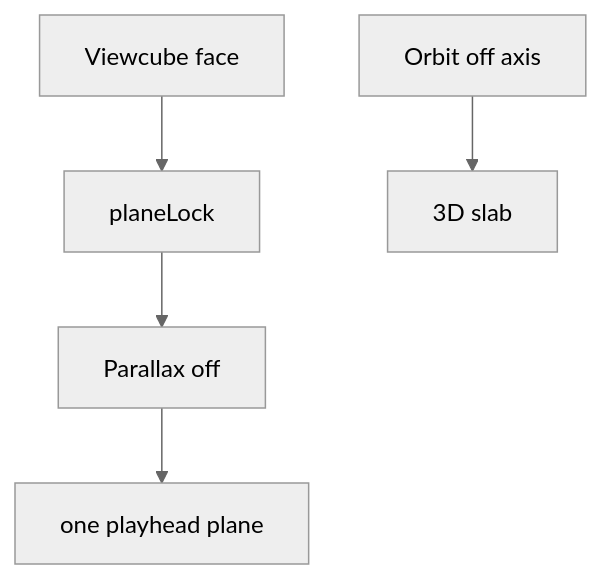
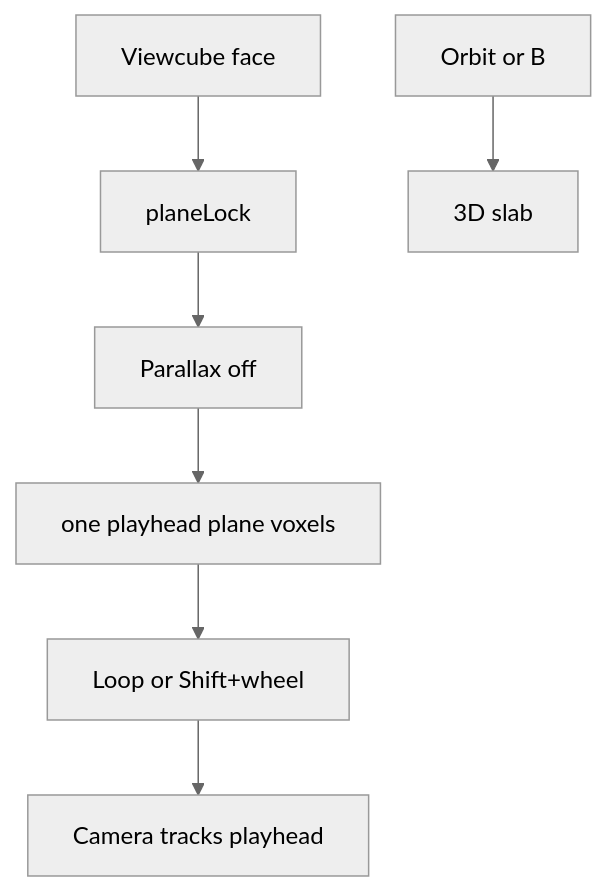
One commit to PiMaV/DONNER changed diagram 17 of 21 in docs/gui.md. Above: the diagram before and after it, drawn with Mermaid (neutral theme). The commit also changed other lines of this file and 33 other files, not shown here.

````diff
--- a/docs/gui.md
+++ b/docs/gui.md
@@ -508,11 +543,14 @@
 ```mermaid
 flowchart TB
   face[Viewcube face]
   lock[planeLock]
   ortho[Parallax off]
-  one[one playhead plane]
-  orbit[Orbit off axis]
+  one[one playhead plane voxels]
+  page[Loop or Shift+wheel]
+  track[Camera tracks playhead]
+  orbit[Orbit or B]
   volume[3D slab]
   face --> lock --> ortho --> one
+  one --> page --> track
   orbit --> volume
 ```
````
